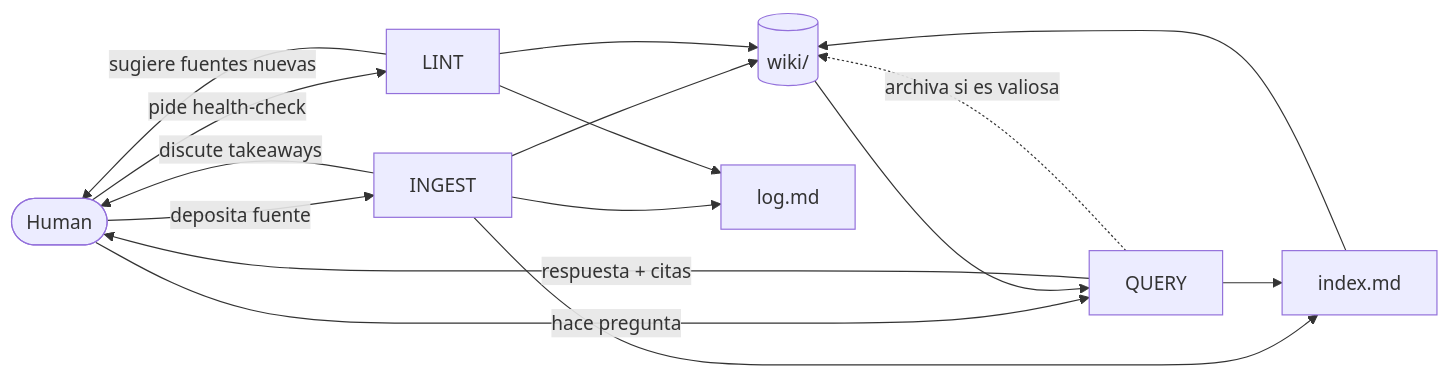
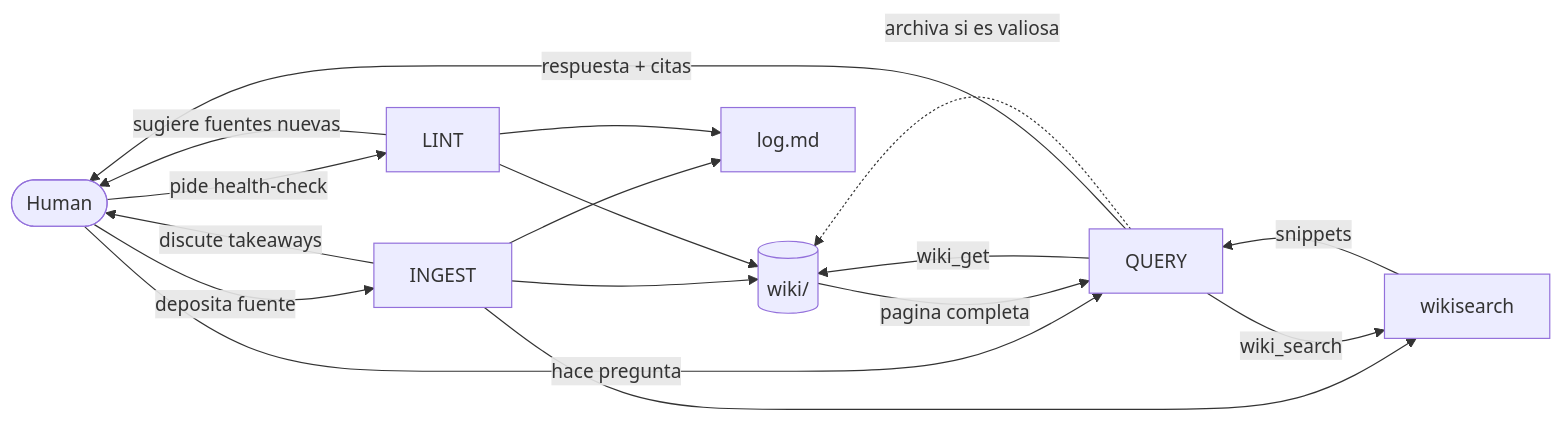
One commit to devsart95/LlmBrain-AK changed the diagram in README.md. Above: the diagram before and after it, drawn with Mermaid. The commit also changed other lines of this file and 1 other file, not shown here.

First line of the commit message:
docs(readme): auditoria completa — diagrama wikisearch, tokens corregidos, tono ajustado

````diff
--- a/README.md
+++ b/README.md
@@ -61,25 +53,26 @@
 ```mermaid
 flowchart LR
     H([Human])
     W[(wiki/)]
-    IDX[index.md]
+    WS[wikisearch]
     LOG[log.md]
 
     H -->|deposita fuente| IG[INGEST]
     IG -->|discute takeaways| H
     IG --> W
-    IG --> IDX
+    IG --> WS
     IG --> LOG
 
     H -->|hace pregunta| Q[QUERY]
-    Q --> IDX
-    IDX --> W
-    W --> Q
+    Q -->|wiki_search| WS
+    WS -->|snippets| Q
+    Q -->|wiki_get| W
+    W -->|pagina completa| Q
     Q -->|respuesta + citas| H
     Q -.->|archiva si es valiosa| W
 
     H -->|pide health-check| L[LINT]
     L --> W
     L --> LOG
     L -->|sugiere fuentes nuevas| H
 ```
````
